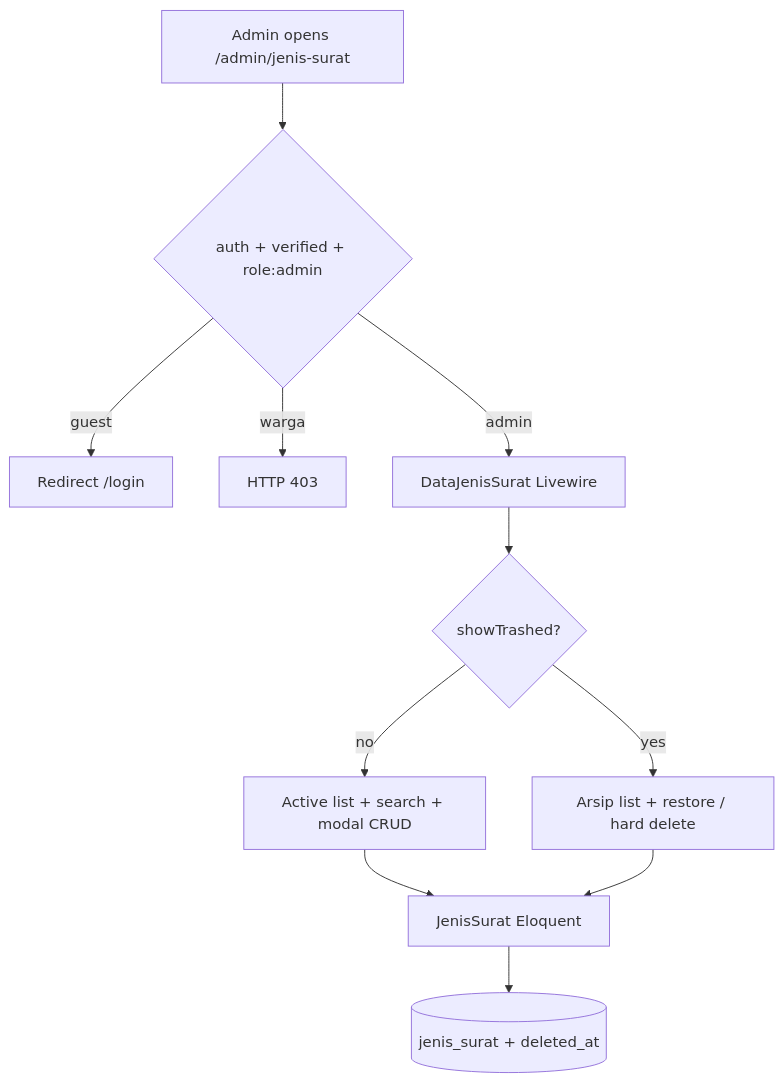
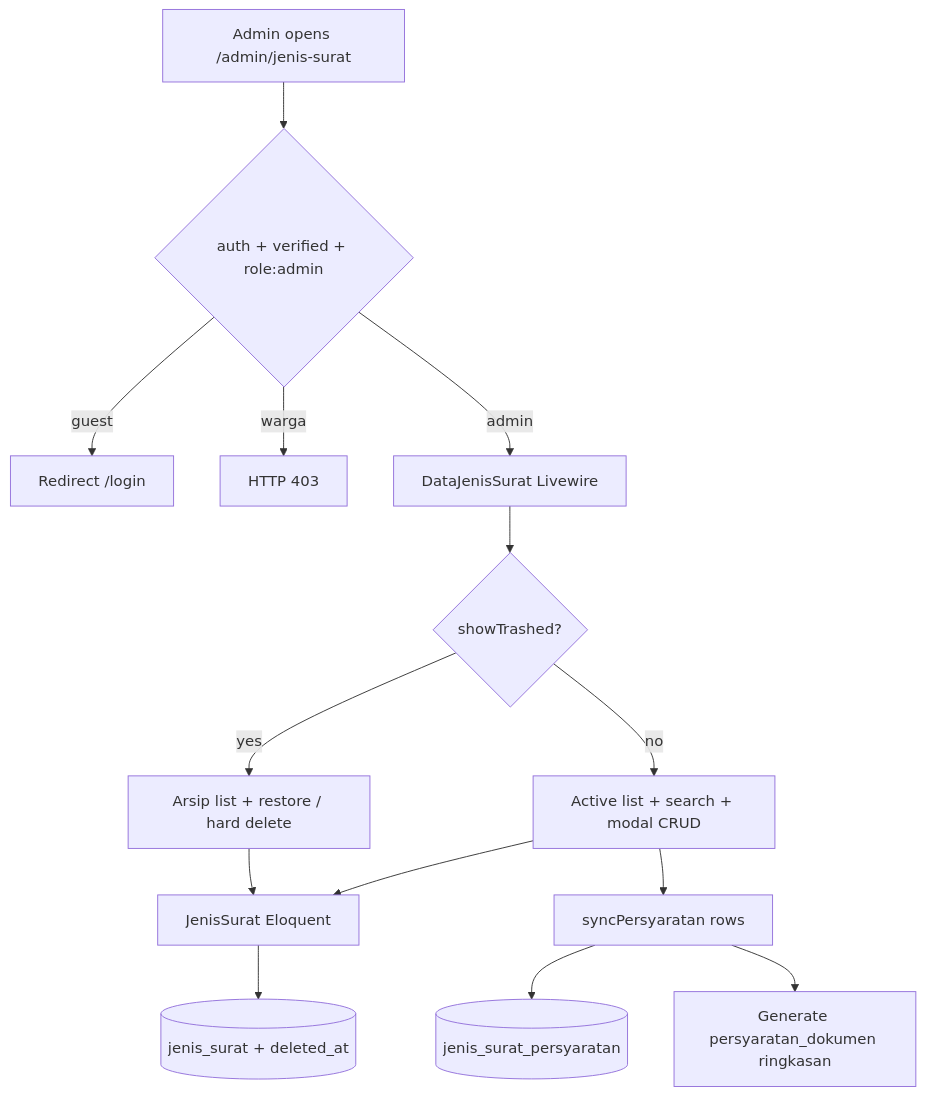
Before and after one commit to ZulfikarHD/sistem-desa: the first of 2 diagrams in docs/dev-docs/features/jenis-surat.md, drawn with Mermaid. The commit also changed other lines of this file and 24 other files, not shown here.

First line of the commit message:
feat(jenis-surat): tambah persyaratan terstruktur menggantikan textarea bebas

````diff
--- a/docs/dev-docs/features/jenis-surat.md
+++ b/docs/dev-docs/features/jenis-surat.md
@@ -9,13 +9,16 @@
 ```mermaid
 flowchart TD
     A[Admin opens /admin/jenis-surat] --> B{auth + verified + role:admin}
     B -->|guest| C[Redirect /login]
     B -->|warga| D[HTTP 403]
     B -->|admin| E[DataJenisSurat Livewire]
     E --> F{showTrashed?}
     F -->|no| G[Active list + search + modal CRUD]
     F -->|yes| H[Arsip list + restore / hard delete]
     G --> I[JenisSurat Eloquent]
+    G --> J[syncPersyaratan rows]
+    J --> K[(jenis_surat_persyaratan)]
+    J --> L[Generate persyaratan_dokumen ringkasan]
     H --> I
-    I --> J[(jenis_surat + deleted_at)]
+    I --> M[(jenis_surat + deleted_at)]
 ```
````
